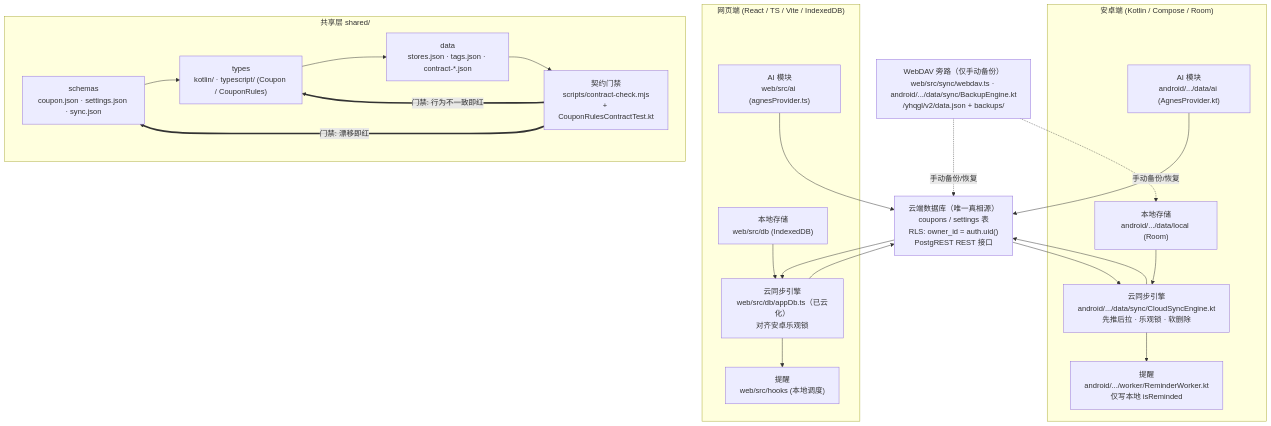
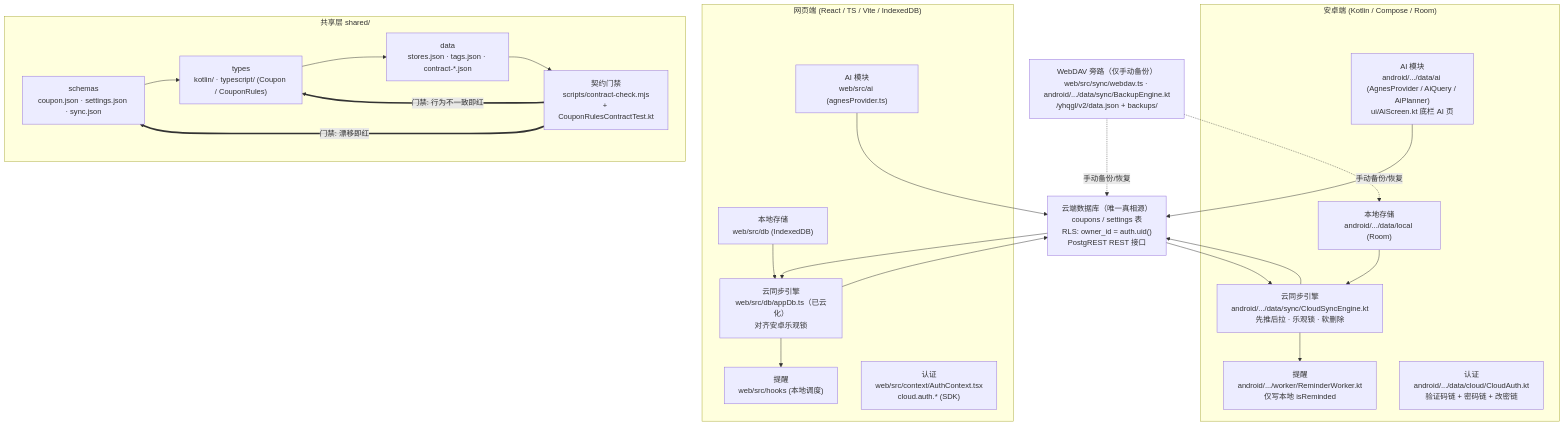
Before and after one commit to clq12/clq-yhqgl: the first of 4 diagrams in docs/ARCHITECTURE.md, drawn with Mermaid. The commit also changed other lines of this file and 28 other files, not shown here.

````diff
--- a/docs/ARCHITECTURE.md
+++ b/docs/ARCHITECTURE.md
@@ -18,45 +18,47 @@
 ```mermaid
 graph TD
     CLOUD["云端数据库（唯一真相源）<br/>coupons / settings 表<br/>RLS: owner_id = auth.uid()<br/>PostgREST REST 接口"]
 
     subgraph ANDROID["安卓端 (Kotlin / Compose / Room)"]
         AR["本地存储<br/>android/.../data/local (Room)"]
         AS["云同步引擎<br/>android/.../data/sync/CloudSyncEngine.kt<br/>先推后拉 · 乐观锁 · 软删除"]
         AW["提醒<br/>android/.../worker/ReminderWorker.kt<br/>仅写本地 isReminded"]
-        AAI["AI 模块<br/>android/.../data/ai (AgnesProvider.kt)"]
+        AAI["AI 模块<br/>android/.../data/ai (AgnesProvider / AiQuery / AiPlanner)<br/>ui/AiScreen.kt 底栏 AI 页"]
+        AA["认证<br/>android/.../data/cloud/CloudAuth.kt<br/>验证码链 + 密码链 + 改密链"]
     end
 
     subgraph WEB["网页端 (React / TS / Vite / IndexedDB)"]
         WR["本地存储<br/>web/src/db (IndexedDB)"]
         WS["云同步引擎<br/>web/src/db/appDb.ts（已云化）<br/>对齐安卓乐观锁"]
         WW["提醒<br/>web/src/hooks (本地调度)"]
         WAI["AI 模块<br/>web/src/ai (agnesProvider.ts)"]
+        WA["认证<br/>web/src/context/AuthContext.tsx<br/>cloud.auth.* (SDK)"]
     end
 
     WDAV["WebDAV 旁路（仅手动备份）<br/>web/src/sync/webdav.ts · android/.../data/sync/BackupEngine.kt<br/>/yhqgl/v2/data.json + backups/"]
 
     subgraph SHARED["共享层 shared/"]
         SS["schemas<br/>coupon.json · settings.json · sync.json"]
         ST["types<br/>kotlin/ · typescript/ (Coupon / CouponRules)"]
         SD["data<br/>stores.json · tags.json · contract-*.json"]
         SG["契约门禁<br/>scripts/contract-check.mjs<br/>+ CouponRulesContractTest.kt"]
     end
 
     CLOUD --> AS
     CLOUD --> WS
     AR --> AS
     AS --> CLOUD
     WR --> WS
     WS --> CLOUD
     AS --> AW
     WS --> WW
     AAI --> CLOUD
     WAI --> CLOUD
     WDAV -.手动备份/恢复.-> CLOUD
     WDAV -.手动备份/恢复.-> AR
     SS --> ST
     ST --> SD
     SD --> SG
     SG ==>|门禁: 漂移即红| SS
     SG ==>|门禁: 行为不一致即红| ST
 ```
````
